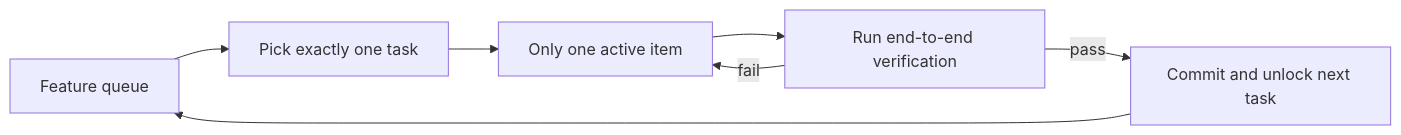
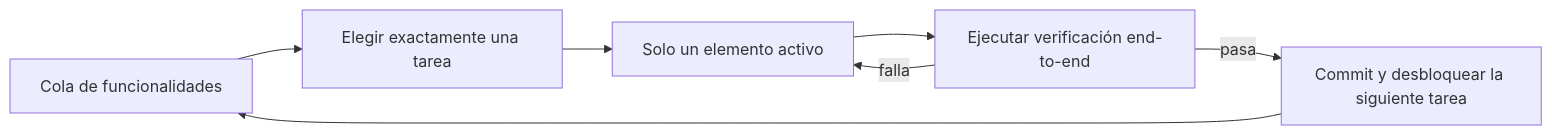
One commit to jordipiella/learn-harness-engineering changed the first of 2 diagrams in docs/es/lectures/lecture-07-why-agents-overreach-and-under-finish/index.md. Above: the diagram before and after it, drawn with Mermaid. The commit also changed other lines of this file and 108 other files, not shown here.

````diff
--- a/docs/es/lectures/lecture-07-why-agents-overreach-and-under-finish/index.md
+++ b/docs/es/lectures/lecture-07-why-agents-overreach-and-under-finish/index.md
@@ -33,9 +33,9 @@
 ```mermaid
 flowchart LR
-    Queue["Feature queue"] --> Pick["Pick exactly one task"]
-    Pick --> Active["Only one active item"]
-    Active --> Verify["Run end-to-end verification"]
-    Verify -->|pass| Commit["Commit and unlock next task"]
-    Verify -->|fail| Active
+    Queue["Cola de funcionalidades"] --> Pick["Elegir exactamente una tarea"]
+    Pick --> Active["Solo un elemento activo"]
+    Active --> Verify["Ejecutar verificación end-to-end"]
+    Verify -->|pasa| Commit["Commit y desbloquear la siguiente tarea"]
+    Verify -->|falla| Active
     Commit --> Queue
 ```
````
